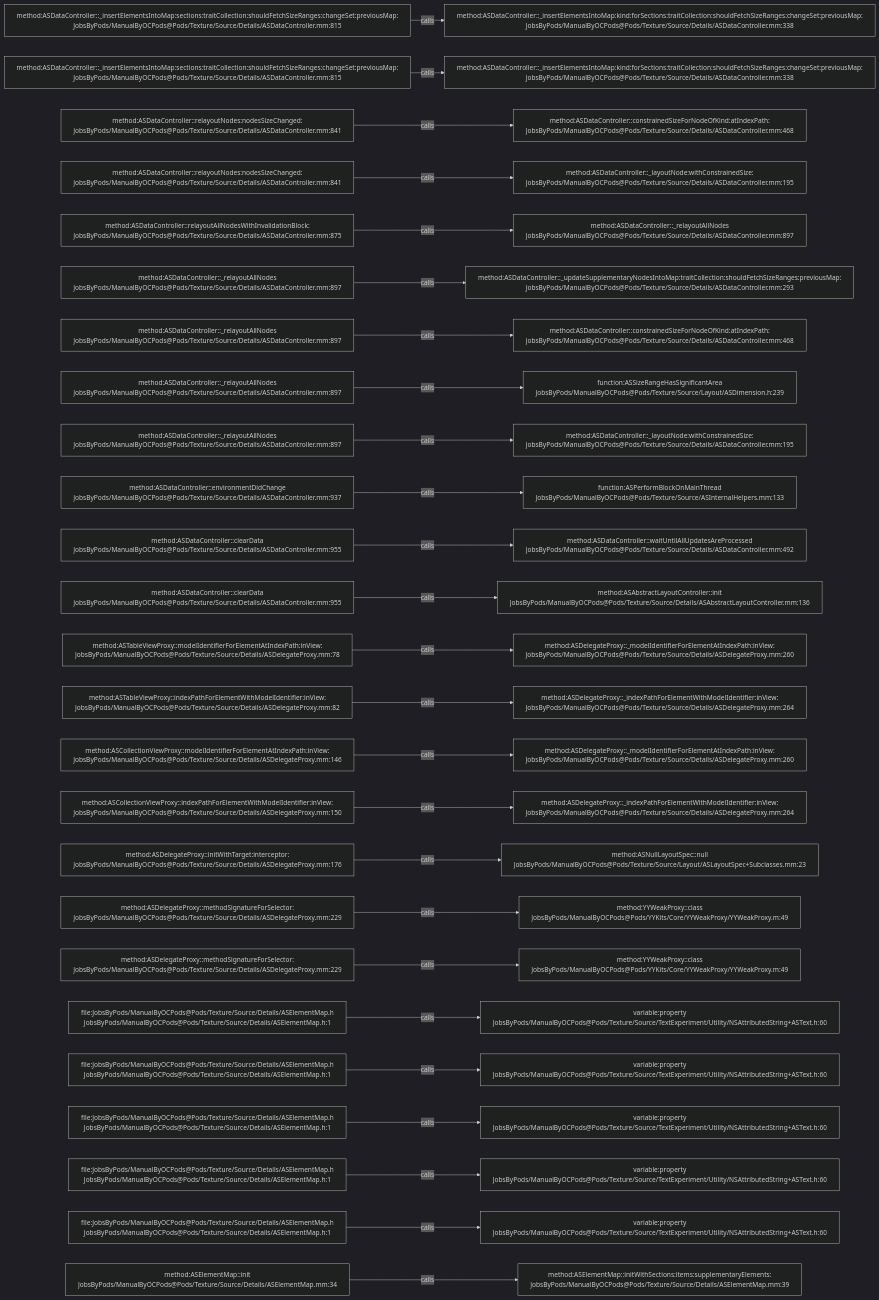
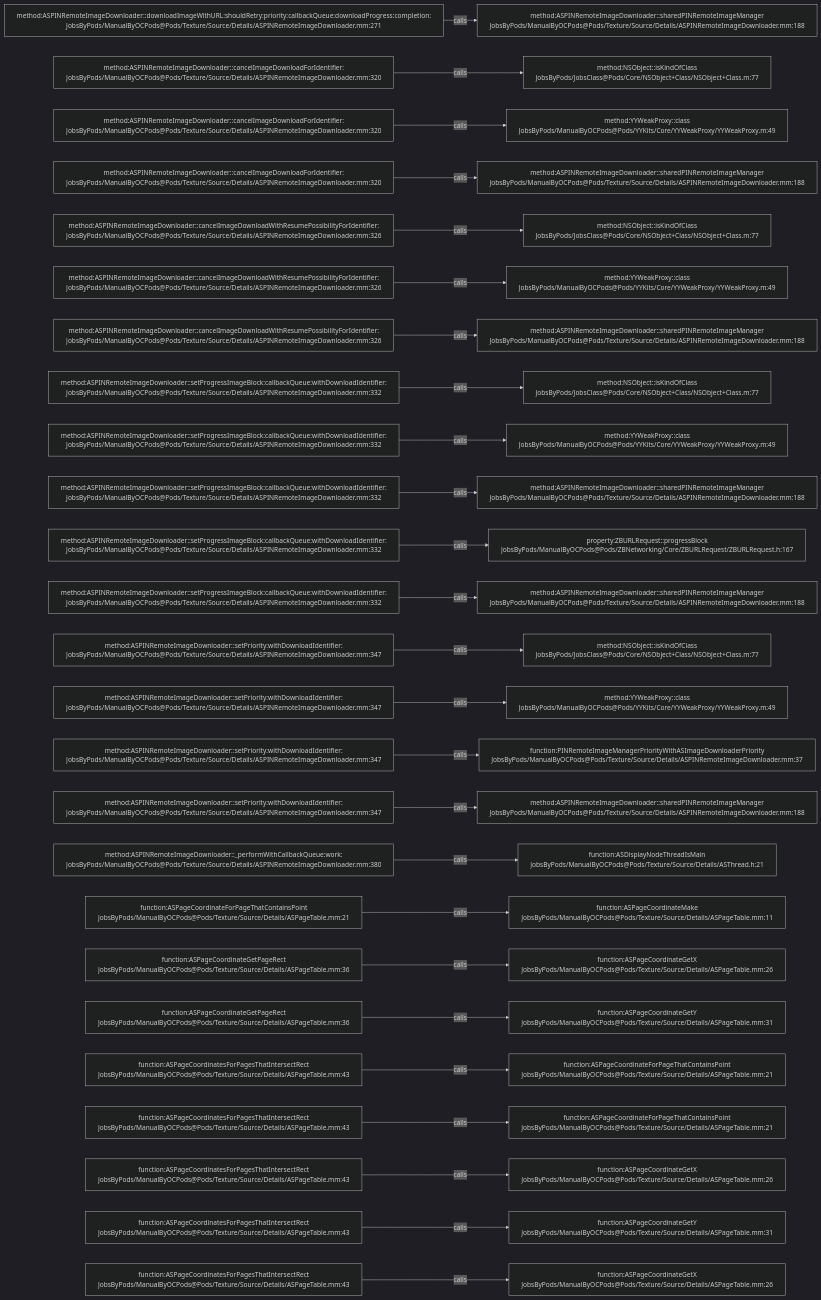
One commit to JobsKits/JobsOCBaseConfigDemo changed the diagram in .codegraph/codegraph.md/graphs/calls-154.md. Above: the diagram before and after it, drawn with Mermaid (dark theme). The commit also changed 1448 other files, not shown here.

````diff
--- a/.codegraph/codegraph.md/graphs/calls-154.md
+++ b/.codegraph/codegraph.md/graphs/calls-154.md
@@ -13,78 +13,78 @@
 ```mermaid
 flowchart LR
-  S1["method:ASDataController::_insertElementsIntoMap:sections:traitCollection:shouldFetchSizeRanges:changeSet:previousMap:<br/>JobsByPods/ManualByOCPods@Pods/Texture/Source/Details/ASDataController.mm:815"]
-  T1["method:ASDataController::_insertElementsIntoMap:kind:forSections:traitCollection:shouldFetchSizeRanges:changeSet:previousMap:<br/>JobsByPods/ManualByOCPods@Pods/Texture/Source/Details/ASDataController.mm:338"]
+  S1["method:ASPINRemoteImageDownloader::downloadImageWithURL:shouldRetry:priority:callbackQueue:downloadProgress:completion:<br/>JobsByPods/ManualByOCPods@Pods/Texture/Source/Details/ASPINRemoteImageDownloader.mm:271"]
+  T1["method:ASPINRemoteImageDownloader::sharedPINRemoteImageManager<br/>JobsByPods/ManualByOCPods@Pods/Texture/Source/Details/ASPINRemoteImageDownloader.mm:188"]
   S1 -->|calls| T1
-  S2["method:ASDataController::_insertElementsIntoMap:sections:traitCollection:shouldFetchSizeRanges:changeSet:previousMap:<br/>JobsByPods/ManualByOCPods@Pods/Texture/Source/Details/ASDataController.mm:815"]
-  T2["method:ASDataController::_insertElementsIntoMap:kind:forSections:traitCollection:shouldFetchSizeRanges:changeSet:previousMap:<br/>JobsByPods/ManualByOCPods@Pods/Texture/Source/Details/ASDataController.mm:338"]
+  S2["method:ASPINRemoteImageDownloader::cancelImageDownloadForIdentifier:<br/>JobsByPods/ManualByOCPods@Pods/Texture/Source/Details/ASPINRemoteImageDownloader.mm:320"]
+  T2["method:NSObject::isKindOfClass<br/>JobsByPods/JobsClass@Pods/Core/NSObject+Class/NSObject+Class.m:77"]
   S2 -->|calls| T2
-  S3["method:ASDataController::relayoutNodes:nodesSizeChanged:<br/>JobsByPods/ManualByOCPods@Pods/Texture/Source/Details/ASDataController.mm:841"]
-  T3["method:ASDataController::constrainedSizeForNodeOfKind:atIndexPath:<br/>JobsByPods/ManualByOCPods@Pods/Texture/Source/Details/ASDataController.mm:468"]
+  S3["method:ASPINRemoteImageDownloader::cancelImageDownloadForIdentifier:<br/>JobsByPods/ManualByOCPods@Pods/Texture/Source/Details/ASPINRemoteImageDownloader.mm:320"]
+  T3["method:YYWeakProxy::class<br/>JobsByPods/ManualByOCPods@Pods/YYKits/Core/YYWeakProxy/YYWeakProxy.m:49"]
   S3 -->|calls| T3
-  S4["method:ASDataController::relayoutNodes:nodesSizeChanged:<br/>JobsByPods/ManualByOCPods@Pods/Texture/Source/Details/ASDataController.mm:841"]
-  T4["method:ASDataController::_layoutNode:withConstrainedSize:<br/>JobsByPods/ManualByOCPods@Pods/Texture/Source/Details/ASDataController.mm:195"]
+  S4["method:ASPINRemoteImageDownloader::cancelImageDownloadForIdentifier:<br/>JobsByPods/ManualByOCPods@Pods/Texture/Source/Details/ASPINRemoteImageDownloader.mm:320"]
+  T4["method:ASPINRemoteImageDownloader::sharedPINRemoteImageManager<br/>JobsByPods/ManualByOCPods@Pods/Texture/Source/Details/ASPINRemoteImageDownloader.mm:188"]
   S4 -->|calls| T4
-  S5["method:ASDataController::relayoutAllNodesWithInvalidationBlock:<br/>JobsByPods/ManualByOCPods@Pods/Texture/Source/Details/ASDataController.mm:875"]
-  T5["method:ASDataController::_relayoutAllNodes<br/>JobsByPods/ManualByOCPods@Pods/Texture/Source/Details/ASDataController.mm:897"]
+  S5["method:ASPINRemoteImageDownloader::cancelImageDownloadWithResumePossibilityForIdentifier:<br/>JobsByPods/ManualByOCPods@Pods/Texture/Source/Details/ASPINRemoteImageDownloader.mm:326"]
+  T5["method:NSObject::isKindOfClass<br/>JobsByPods/JobsClass@Pods/Core/NSObject+Class/NSObject+Class.m:77"]
   S5 -->|calls| T5
-  S6["method:ASDataController::_relayoutAllNodes<br/>JobsByPods/ManualByOCPods@Pods/Texture/Source/Details/ASDataController.mm:897"]
-  T6["method:ASDataController::_updateSupplementaryNodesIntoMap:traitCollection:shouldFetchSizeRanges:previousMap:<br/>JobsByPods/ManualByOCPods@Pods/Texture/Source/Details/ASDataController.mm:293"]
+  S6["method:ASPINRemoteImageDownloader::cancelImageDownloadWithResumePossibilityForIdentifier:<br/>JobsByPods/ManualByOCPods@Pods/Texture/Source/Details/ASPINRemoteImageDownloader.mm:326"]
+  T6["method:YYWeakProxy::class<br/>JobsByPods/ManualByOCPods@Pods/YYKits/Core/YYWeakProxy/YYWeakProxy.m:49"]
   S6 -->|calls| T6
-  S7["method:ASDataController::_relayoutAllNodes<br/>JobsByPods/ManualByOCPods@Pods/Texture/Source/Details/ASDataController.mm:897"]
-  T7["method:ASDataController::constrainedSizeForNodeOfKind:atIndexPath:<br/>JobsByPods/ManualByOCPods@Pods/Texture/Source/Details/ASDataController.mm:468"]
+  S7["method:ASPINRemoteImageDownloader::cancelImageDownloadWithResumePossibilityForIdentifier:<br/>JobsByPods/ManualByOCPods@Pods/Texture/Source/Details/ASPINRemoteImageDownloader.mm:326"]
+  T7["method:ASPINRemoteImageDownloader::sharedPINRemoteImageManager<br/>JobsByPods/ManualByOCPods@Pods/Texture/Source/Details/ASPINRemoteImageDownloader.mm:188"]
   S7 -->|calls| T7
-  S8["method:ASDataController::_relayoutAllNodes<br/>JobsByPods/ManualByOCPods@Pods/Texture/Source/Details/ASDataController.mm:897"]
-  T8["function:ASSizeRangeHasSignificantArea<br/>JobsByPods/ManualByOCPods@Pods/Texture/Source/Layout/ASDimension.h:239"]
+  S8["method:ASPINRemoteImageDownloader::setProgressImageBlock:callbackQueue:withDownloadIdentifier:<br/>JobsByPods/ManualByOCPods@Pods/Texture/Source/Details/ASPINRemoteImageDownloader.mm:332"]
+  T8["method:NSObject::isKindOfClass<br/>JobsByPods/JobsClass@Pods/Core/NSObject+Class/NSObject+Class.m:77"]
   S8 -->|calls| T8
-  S9["method:ASDataController::_relayoutAllNodes<br/>JobsByPods/ManualByOCPods@Pods/Texture/Source/Details/ASDataController.mm:897"]
-  T9["method:ASDataController::_layoutNode:withConstrainedSize:<br/>JobsByPods/ManualByOCPods@Pods/Texture/Source/Details/ASDataController.mm:195"]
+  S9["method:ASPINRemoteImageDownloader::setProgressImageBlock:callbackQueue:withDownloadIdentifier:<br/>JobsByPods/ManualByOCPods@Pods/Texture/Source/Details/ASPINRemoteImageDownloader.mm:332"]
+  T9["method:YYWeakProxy::class<br/>JobsByPods/ManualByOCPods@Pods/YYKits/Core/YYWeakProxy/YYWeakProxy.m:49"]
   S9 -->|calls| T9
-  S10["method:ASDataController::environmentDidChange<br/>JobsByPods/ManualByOCPods@Pods/Texture/Source/Details/ASDataController.mm:937"]
-  T10["function:ASPerformBlockOnMainThread<br/>JobsByPods/ManualByOCPods@Pods/Texture/Source/ASInternalHelpers.mm:133"]
+  S10["method:ASPINRemoteImageDownloader::setProgressImageBlock:callbackQueue:withDownloadIdentifier:<br/>JobsByPods/ManualByOCPods@Pods/Texture/Source/Details/ASPINRemoteImageDownloader.mm:332"]
+  T10["method:ASPINRemoteImageDownloader::sharedPINRemoteImageManager<br/>JobsByPods/ManualByOCPods@Pods/Texture/Source/Details/ASPINRemoteImageDownloader.mm:188"]
   S10 -->|calls| T10
-  S11["method:ASDataController::clearData<br/>JobsByPods/ManualByOCPods@Pods/Texture/Source/Details/ASDataController.mm:955"]
-  T11["method:ASDataController::waitUntilAllUpdatesAreProcessed<br/>JobsByPods/ManualByOCPods@Pods/Texture/Source/Details/ASDataController.mm:492"]
+  S11["method:ASPINRemoteImageDownloader::setProgressImageBlock:callbackQueue:withDownloadIdentifier:<br/>JobsByPods/ManualByOCPods@Pods/Texture/Source/Details/ASPINRemoteImageDownloader.mm:332"]
+  T11["property:ZBURLRequest::progressBlock<br/>JobsByPods/ManualByOCPods@Pods/ZBNetworking/Core/ZBURLRequest/ZBURLRequest.h:167"]
   S11 -->|calls| T11
-  S12["method:ASDataController::clearData<br/>JobsByPods/ManualByOCPods@Pods/Texture/Source/Details/ASDataController.mm:955"]
-  T12["method:ASAbstractLayoutController::init<br/>JobsByPods/ManualByOCPods@Pods/Texture/Source/Details/ASAbstractLayoutController.mm:136"]
+  S12["method:ASPINRemoteImageDownloader::setProgressImageBlock:callbackQueue:withDownloadIdentifier:<br/>JobsByPods/ManualByOCPods@Pods/Texture/Source/Details/ASPINRemoteImageDownloader.mm:332"]
+  T12["method:ASPINRemoteImageDownloader::sharedPINRemoteImageManager<br/>JobsByPods/ManualByOCPods@Pods/Texture/Source/Details/ASPINRemoteImageDownloader.mm:188"]
   S12 -->|calls| T12
-  S13["method:ASTableViewProxy::modelIdentifierForElementAtIndexPath:inView:<br/>JobsByPods/ManualByOCPods@Pods/Texture/Source/Details/ASDelegateProxy.mm:78"]
-  T13["method:ASDelegateProxy::_modelIdentifierForElementAtIndexPath:inView:<br/>JobsByPods/ManualByOCPods@Pods/Texture/Source/Details/ASDelegateProxy.mm:260"]
+  S13["method:ASPINRemoteImageDownloader::setPriority:withDownloadIdentifier:<br/>JobsByPods/ManualByOCPods@Pods/Texture/Source/Details/ASPINRemoteImageDownloader.mm:347"]
+  T13["method:NSObject::isKindOfClass<br/>JobsByPods/JobsClass@Pods/Core/NSObject+Class/NSObject+Class.m:77"]
   S13 -->|calls| T13
-  S14["method:ASTableViewProxy::indexPathForElementWithModelIdentifier:inView:<br/>JobsByPods/ManualByOCPods@Pods/Texture/Source/Details/ASDelegateProxy.mm:82"]
-  T14["method:ASDelegateProxy::_indexPathForElementWithModelIdentifier:inView:<br/>JobsByPods/ManualByOCPods@Pods/Texture/Source/Details/ASDelegateProxy.mm:264"]
+  S14["method:ASPINRemoteImageDownloader::setPriority:withDownloadIdentifier:<br/>JobsByPods/ManualByOCPods@Pods/Texture/Source/Details/ASPINRemoteImageDownloader.mm:347"]
+  T14["method:YYWeakProxy::class<br/>JobsByPods/ManualByOCPods@Pods/YYKits/Core/YYWeakProxy/YYWeakProxy.m:49"]
   S14 -->|calls| T14
-  S15["method:ASCollectionViewProxy::modelIdentifierForElementAtIndexPath:inView:<br/>JobsByPods/ManualByOCPods@Pods/Texture/Source/Details/ASDelegateProxy.mm:146"]
-  T15["method:ASDelegateProxy::_modelIdentifierForElementAtIndexPath:inView:<br/>JobsByPods/ManualByOCPods@Pods/Texture/Source/Details/ASDelegateProxy.mm:260"]
+  S15["method:ASPINRemoteImageDownloader::setPriority:withDownloadIdentifier:<br/>JobsByPods/ManualByOCPods@Pods/Texture/Source/Details/ASPINRemoteImageDownloader.mm:347"]
+  T15["function:PINRemoteImageManagerPriorityWithASImageDownloaderPriority<br/>JobsByPods/ManualByOCPods@Pods/Texture/Source/Details/ASPINRemoteImageDownloader.mm:37"]
   S15 -->|calls| T15
-  S16["method:ASCollectionViewProxy::indexPathForElementWithModelIdentifier:inView:<br/>JobsByPods/ManualByOCPods@Pods/Texture/Source/Details/ASDelegateProxy.mm:150"]
-  T16["method:ASDelegateProxy::_indexPathForElementWithModelIdentifier:inView:<br/>JobsByPods/ManualByOCPods@Pods/Texture/Source/Details/ASDelegateProxy.mm:264"]
+  S16["method:ASPINRemoteImageDownloader::setPriority:withDownloadIdentifier:<br/>JobsByPods/ManualByOCPods@Pods/Texture/Source/Details/ASPINRemoteImageDownloader.mm:347"]
+  T16["method:ASPINRemoteImageDownloader::sharedPINRemoteImageManager<br/>JobsByPods/ManualByOCPods@Pods/Texture/Source/Details/ASPINRemoteImageDownloader.mm:188"]
   S16 -->|calls| T16
-  S17["method:ASDelegateProxy::initWithTarget:interceptor:<br/>JobsByPods/ManualByOCPods@Pods/Texture/Source/Details/ASDelegateProxy.mm:176"]
-  T17["method:ASNullLayoutSpec::null<br/>JobsByPods/ManualByOCPods@Pods/Texture/Source/Layout/ASLayoutSpec+Subclasses.mm:23"]
+  S17["method:ASPINRemoteImageDownloader::_performWithCallbackQueue:work:<br/>JobsByPods/ManualByOCPods@Pods/Texture/Source/Details/ASPINRemoteImageDownloader.mm:380"]
+  T17["function:ASDisplayNodeThreadIsMain<br/>JobsByPods/ManualByOCPods@Pods/Texture/Source/Details/ASThread.h:21"]
   S17 -->|calls| T17
-  S18["method:ASDelegateProxy::methodSignatureForSelector:<br/>JobsByPods/ManualByOCPods@Pods/Texture/Source/Details/ASDelegateProxy.mm:229"]
-  T18["method:YYWeakProxy::class<br/>JobsByPods/ManualByOCPods@Pods/YYKits/Core/YYWeakProxy/YYWeakProxy.m:49"]
+  S18["function:ASPageCoordinateForPageThatContainsPoint<br/>JobsByPods/ManualByOCPods@Pods/Texture/Source/Details/ASPageTable.mm:21"]
+  T18["function:ASPageCoordinateMake<br/>JobsByPods/ManualByOCPods@Pods/Texture/Source/Details/ASPageTable.mm:11"]
   S18 -->|calls| T18
-  S19["method:ASDelegateProxy::methodSignatureForSelector:<br/>JobsByPods/ManualByOCPods@Pods/Texture/Source/Details/ASDelegateProxy.mm:229"]
-  T19["method:YYWeakProxy::class<br/>JobsByPods/ManualByOCPods@Pods/YYKits/Core/YYWeakProxy/YYWeakProxy.m:49"]
+  S19["function:ASPageCoordinateGetPageRect<br/>JobsByPods/ManualByOCPods@Pods/Texture/Source/Details/ASPageTable.mm:36"]
+  T19["function:ASPageCoordinateGetX<br/>JobsByPods/ManualByOCPods@Pods/Texture/Source/Details/ASPageTable.mm:26"]
   S19 -->|calls| T19
-  S20["file:JobsByPods/ManualByOCPods@Pods/Texture/Source/Details/ASElementMap.h<br/>JobsByPods/ManualByOCPods@Pods/Texture/Source/Details/ASElementMap.h:1"]
-  T20["variable:property<br/>JobsByPods/ManualByOCPods@Pods/Texture/Source/TextExperiment/Utility/NSAttributedString+ASText.h:60"]
+  S20["function:ASPageCoordinateGetPageRect<br/>JobsByPods/ManualByOCPods@Pods/Texture/Source/Details/ASPageTable.mm:36"]
+  T20["function:ASPageCoordinateGetY<br/>JobsByPods/ManualByOCPods@Pods/Texture/Source/Details/ASPageTable.mm:31"]
   S20 -->|calls| T20
-  S21["file:JobsByPods/ManualByOCPods@Pods/Texture/Source/Details/ASElementMap.h<br/>JobsByPods/ManualByOCPods@Pods/Texture/Source/Details/ASElementMap.h:1"]
-  T21["variable:property<br/>JobsByPods/ManualByOCPods@Pods/Texture/Source/TextExperiment/Utility/NSAttributedString+ASText.h:60"]
+  S21["function:ASPageCoordinatesForPagesThatIntersectRect<br/>JobsByPods/ManualByOCPods@Pods/Texture/Source/Details/ASPageTable.mm:43"]
+  T21["function:ASPageCoordinateForPageThatContainsPoint<br/>JobsByPods/ManualByOCPods@Pods/Texture/Source/Details/ASPageTable.mm:21"]
   S21 -->|calls| T21
-  S22["file:JobsByPods/ManualByOCPods@Pods/Texture/Source/Details/ASElementMap.h<br/>JobsByPods/ManualByOCPods@Pods/Texture/Source/Details/ASElementMap.h:1"]
-  T22["variable:property<br/>JobsByPods/ManualByOCPods@Pods/Texture/Source/TextExperiment/Utility/NSAttributedString+ASText.h:60"]
+  S22["function:ASPageCoordinatesForPagesThatIntersectRect<br/>JobsByPods/ManualByOCPods@Pods/Texture/Source/Details/ASPageTable.mm:43"]
+  T22["function:ASPageCoordinateForPageThatContainsPoint<br/>JobsByPods/ManualByOCPods@Pods/Texture/Source/Details/ASPageTable.mm:21"]
   S22 -->|calls| T22
-  S23["file:JobsByPods/ManualByOCPods@Pods/Texture/Source/Details/ASElementMap.h<br/>JobsByPods/ManualByOCPods@Pods/Texture/Source/Details/ASElementMap.h:1"]
-  T23["variable:property<br/>JobsByPods/ManualByOCPods@Pods/Texture/Source/TextExperiment/Utility/NSAttributedString+ASText.h:60"]
+  S23["function:ASPageCoordinatesForPagesThatIntersectRect<br/>JobsByPods/ManualByOCPods@Pods/Texture/Source/Details/ASPageTable.mm:43"]
+  T23["function:ASPageCoordinateGetX<br/>JobsByPods/ManualByOCPods@Pods/Texture/Source/Details/ASPageTable.mm:26"]
   S23 -->|calls| T23
-  S24["file:JobsByPods/ManualByOCPods@Pods/Texture/Source/Details/ASElementMap.h<br/>JobsByPods/ManualByOCPods@Pods/Texture/Source/Details/ASElementMap.h:1"]
-  T24["variable:property<br/>JobsByPods/ManualByOCPods@Pods/Texture/Source/TextExperiment/Utility/NSAttributedString+ASText.h:60"]
+  S24["function:ASPageCoordinatesForPagesThatIntersectRect<br/>JobsByPods/ManualByOCPods@Pods/Texture/Source/Details/ASPageTable.mm:43"]
+  T24["function:ASPageCoordinateGetY<br/>JobsByPods/ManualByOCPods@Pods/Texture/Source/Details/ASPageTable.mm:31"]
   S24 -->|calls| T24
-  S25["method:ASElementMap::init<br/>JobsByPods/ManualByOCPods@Pods/Texture/Source/Details/ASElementMap.mm:34"]
-  T25["method:ASElementMap::initWithSections:items:supplementaryElements:<br/>JobsByPods/ManualByOCPods@Pods/Texture/Source/Details/ASElementMap.mm:39"]
+  S25["function:ASPageCoordinatesForPagesThatIntersectRect<br/>JobsByPods/ManualByOCPods@Pods/Texture/Source/Details/ASPageTable.mm:43"]
+  T25["function:ASPageCoordinateGetX<br/>JobsByPods/ManualByOCPods@Pods/Texture/Source/Details/ASPageTable.mm:26"]
   S25 -->|calls| T25
 ```
````
